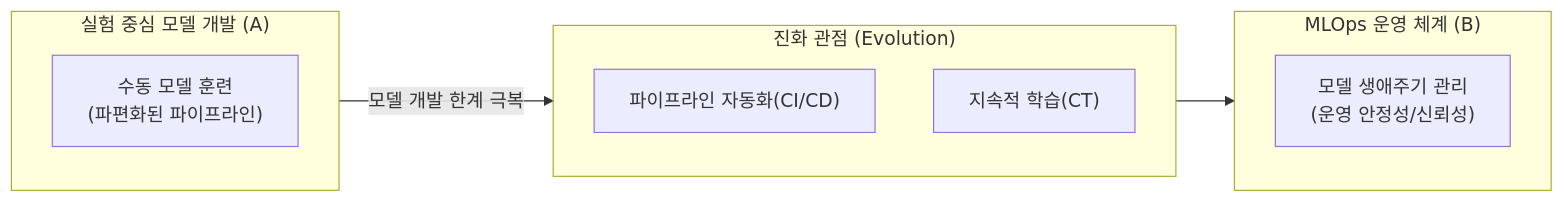
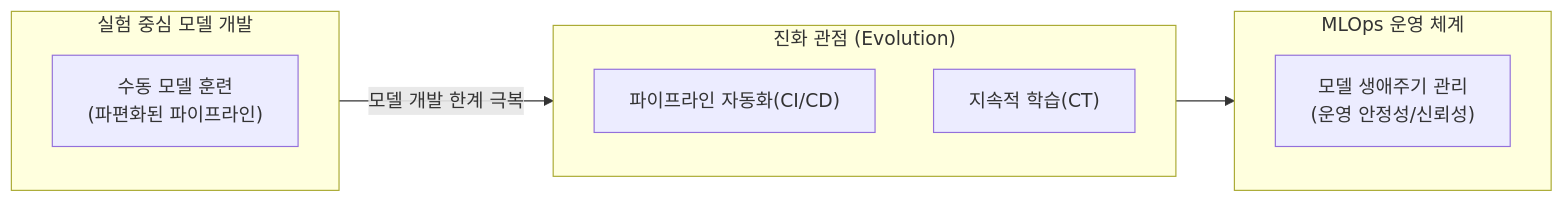
The second of 2 diagrams in docs/07-data-ai-governance/mlops.md (jeonck/fw-thinking), drawn with Mermaid before and after one commit. The commit also changed 92 other files, not shown here.

````diff
--- a/docs/07-data-ai-governance/mlops.md
+++ b/docs/07-data-ai-governance/mlops.md
@@ -47,19 +47,19 @@
 ```mermaid
 flowchart LR
-    subgraph A["실험 중심 모델 개발 (A)"]
+    subgraph A["실험 중심 모델 개발 "]
         A1["수동 모델 훈련<br/>(파편화된 파이프라인)"]
     end
 
     subgraph TRANS["진화 관점 (Evolution)"]
         direction TB
         T1["파이프라인 자동화(CI/CD)"]
         T2["지속적 학습(CT)"]
     end
 
-    subgraph B["MLOps 운영 체계 (B)"]
+    subgraph B["MLOps 운영 체계 "]
         B1["모델 생애주기 관리<br/>(운영 안정성/신뢰성)"]
     end
 
     A -- "모델 개발 한계 극복" --> TRANS
     TRANS --> B
 ```
````
